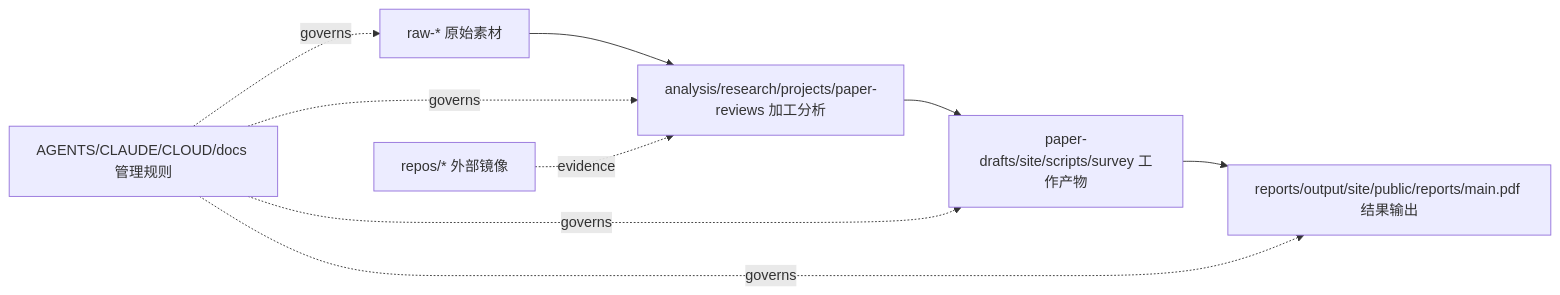
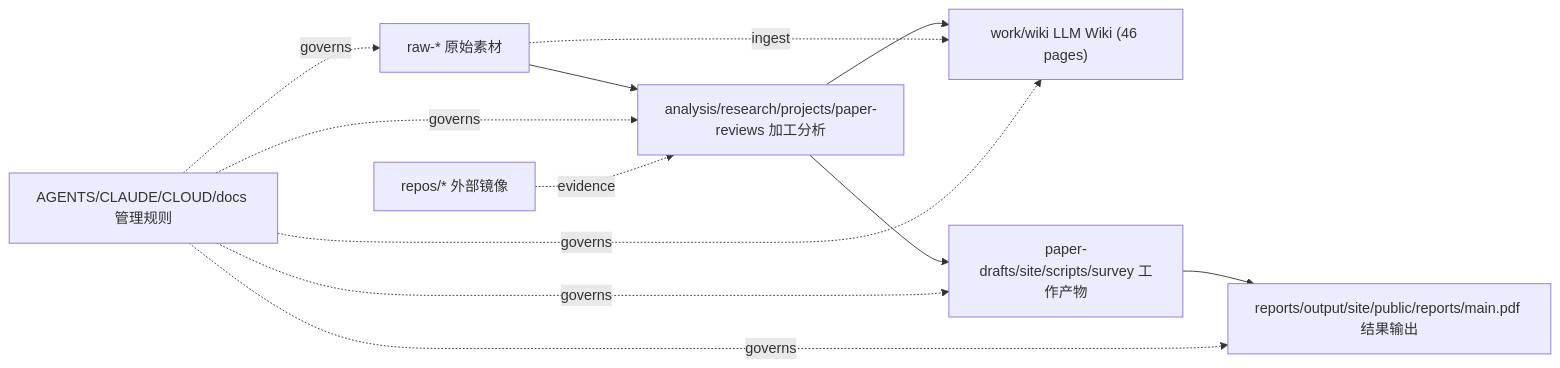
One commit to Shiyao-Huang/awesome-agent-evolution changed the diagram in docs/indexes/master-index.md. Above: the diagram before and after it, drawn with Mermaid. The commit also changed 3 other files, not shown here.

````diff
--- a/docs/indexes/master-index.md
+++ b/docs/indexes/master-index.md
@@ -36,11 +36,14 @@
 ```mermaid
 flowchart LR
   RAW["raw-* 原始素材"] --> PROCESSED["analysis/research/projects/paper-reviews 加工分析"]
+  PROCESSED --> WIKI["work/wiki LLM Wiki (46 pages)"]
+  RAW -. ingest .-> WIKI
   PROCESSED --> WORK["paper-drafts/site/scripts/survey 工作产物"]
   WORK --> RESULTS["reports/output/site/public/reports/main.pdf 结果输出"]
   OPS["AGENTS/CLAUDE/CLOUD/docs 管理规则"] -. governs .-> RAW
   OPS -. governs .-> PROCESSED
+  OPS -. governs .-> WIKI
   OPS -. governs .-> WORK
   OPS -. governs .-> RESULTS
   MIRRORS["repos/* 外部镜像"] -. evidence .-> PROCESSED
 ```
````
